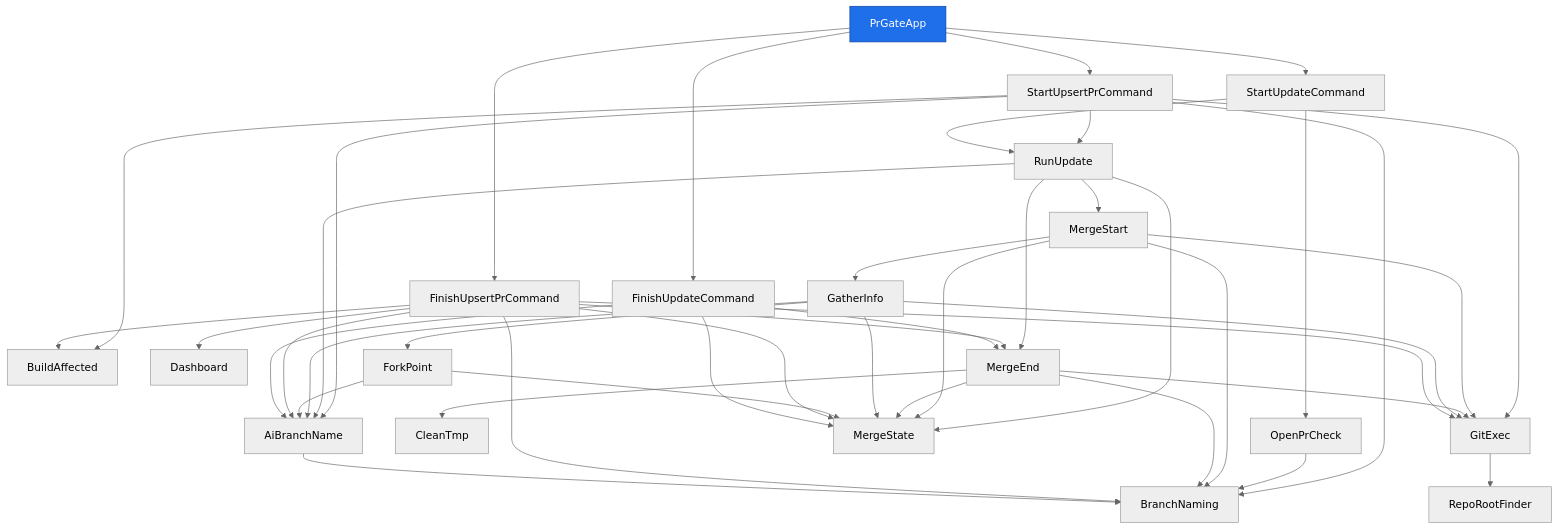
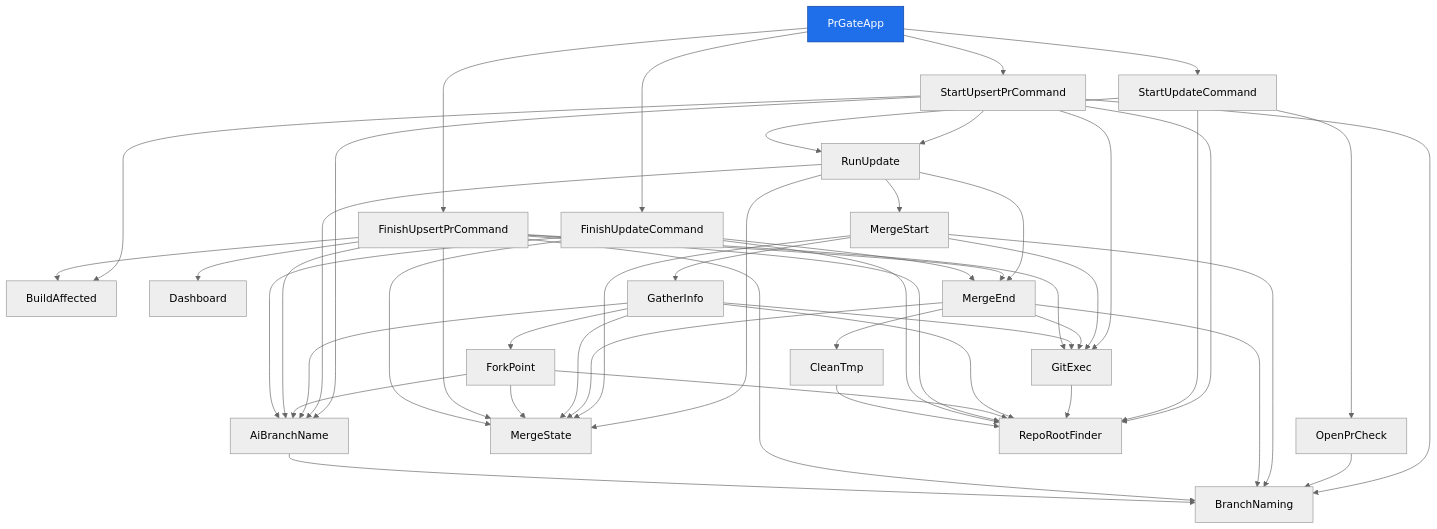
The diagram in packages/tooling/pr-gate/design.md (deanhiller/webpieces-ts), drawn with Mermaid (neutral theme) before and after one commit. The commit also changed 15 other files, not shown here.

First line of the commit message:
Anchor every .webpieces writer at the repo root via RepoRootFinder (#384)

````diff
--- a/packages/tooling/pr-gate/design.md
+++ b/packages/tooling/pr-gate/design.md
@@ -13,71 +13,78 @@
 ```mermaid
 graph TD
     AiBranchName["AiBranchName"]
     BranchNaming["BranchNaming"]
     BuildAffected["BuildAffected"]
     CleanTmp["CleanTmp"]
     Dashboard["Dashboard"]
     FinishUpdateCommand["FinishUpdateCommand"]
     FinishUpsertPrCommand["FinishUpsertPrCommand"]
     ForkPoint["ForkPoint"]
     GatherInfo["GatherInfo"]
     GitExec["GitExec"]
     MergeEnd["MergeEnd"]
     MergeStart["MergeStart"]
     MergeState["MergeState"]
     OpenPrCheck["OpenPrCheck"]
     PrGateApp["PrGateApp"]:::controller
     RepoRootFinder["RepoRootFinder"]
     RunUpdate["RunUpdate"]
     StartUpdateCommand["StartUpdateCommand"]
     StartUpsertPrCommand["StartUpsertPrCommand"]
     AiBranchName --> BranchNaming
+    CleanTmp --> RepoRootFinder
     FinishUpdateCommand --> AiBranchName
     FinishUpdateCommand --> MergeEnd
     FinishUpdateCommand --> MergeState
+    FinishUpdateCommand --> RepoRootFinder
     FinishUpsertPrCommand --> AiBranchName
     FinishUpsertPrCommand --> BranchNaming
     FinishUpsertPrCommand --> BuildAffected
     FinishUpsertPrCommand --> Dashboard
     FinishUpsertPrCommand --> GitExec
     FinishUpsertPrCommand --> MergeEnd
     FinishUpsertPrCommand --> MergeState
+    FinishUpsertPrCommand --> RepoRootFinder
     ForkPoint --> AiBranchName
     ForkPoint --> MergeState
+    ForkPoint --> RepoRootFinder
     GatherInfo --> AiBranchName
     GatherInfo --> ForkPoint
     GatherInfo --> GitExec
     GatherInfo --> MergeState
+    GatherInfo --> RepoRootFinder
     GitExec --> RepoRootFinder
     MergeEnd --> BranchNaming
     MergeEnd --> CleanTmp
     MergeEnd --> GitExec
     MergeEnd --> MergeState
     MergeStart --> BranchNaming
     MergeStart --> GatherInfo
     MergeStart --> GitExec
     MergeStart --> MergeState
     OpenPrCheck --> BranchNaming
     PrGateApp --> FinishUpdateCommand
     PrGateApp --> FinishUpsertPrCommand
     PrGateApp --> StartUpdateCommand
     PrGateApp --> StartUpsertPrCommand
     RunUpdate --> AiBranchName
     RunUpdate --> MergeEnd
     RunUpdate --> MergeStart
     RunUpdate --> MergeState
     StartUpdateCommand --> OpenPrCheck
+    StartUpdateCommand --> RepoRootFinder
     StartUpdateCommand --> RunUpdate
     StartUpsertPrCommand --> AiBranchName
     StartUpsertPrCommand --> BranchNaming
     StartUpsertPrCommand --> BuildAffected
     StartUpsertPrCommand --> GitExec
+    StartUpsertPrCommand --> RepoRootFinder
     StartUpsertPrCommand --> RunUpdate
     classDef controller fill:#1f6feb,color:#ffffff,stroke:#0d419d
     classDef apiImpl fill:#0d9488,color:#ffffff,stroke:#0f766e
     classDef component fill:#2da44e,color:#ffffff,stroke:#1a7f37
     classDef unresolved fill:#f0ad4e,color:#000000,stroke:#b8860b,stroke-dasharray: 5 5
     classDef external fill:#b39ddb,color:#000000,stroke:#5e35b1,stroke-width:3px
     classDef api fill:#4fc3f7,color:#000000,stroke:#0277bd,stroke-width:3px
     classDef many fill:#eceff1,color:#000000,stroke:#546e7a,stroke-width:2px,stroke-dasharray: 4 2
 ```
````
